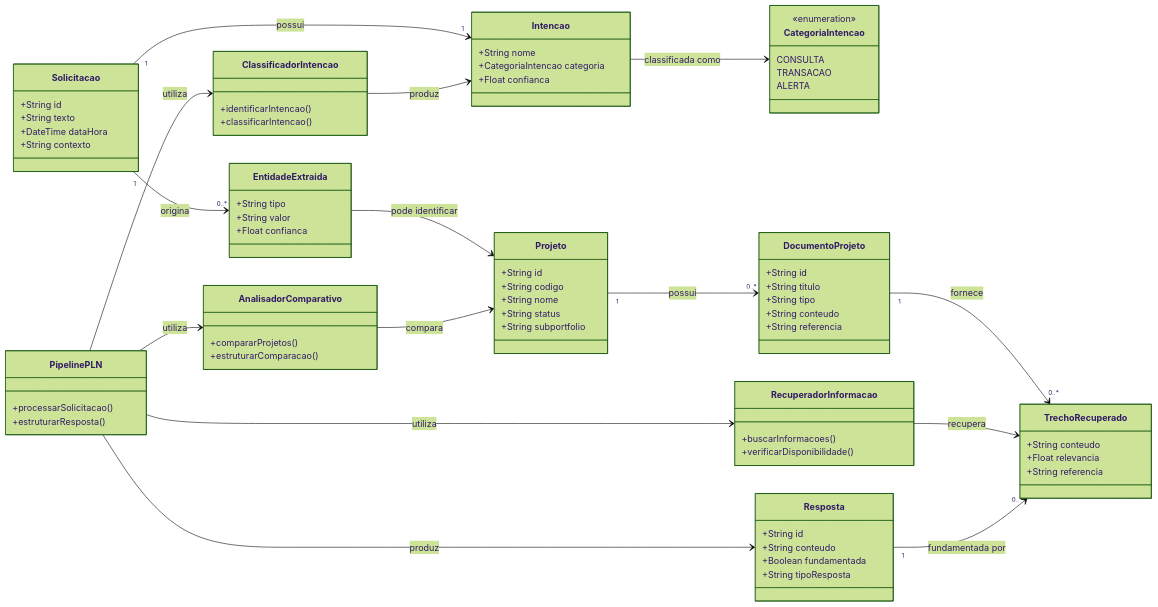
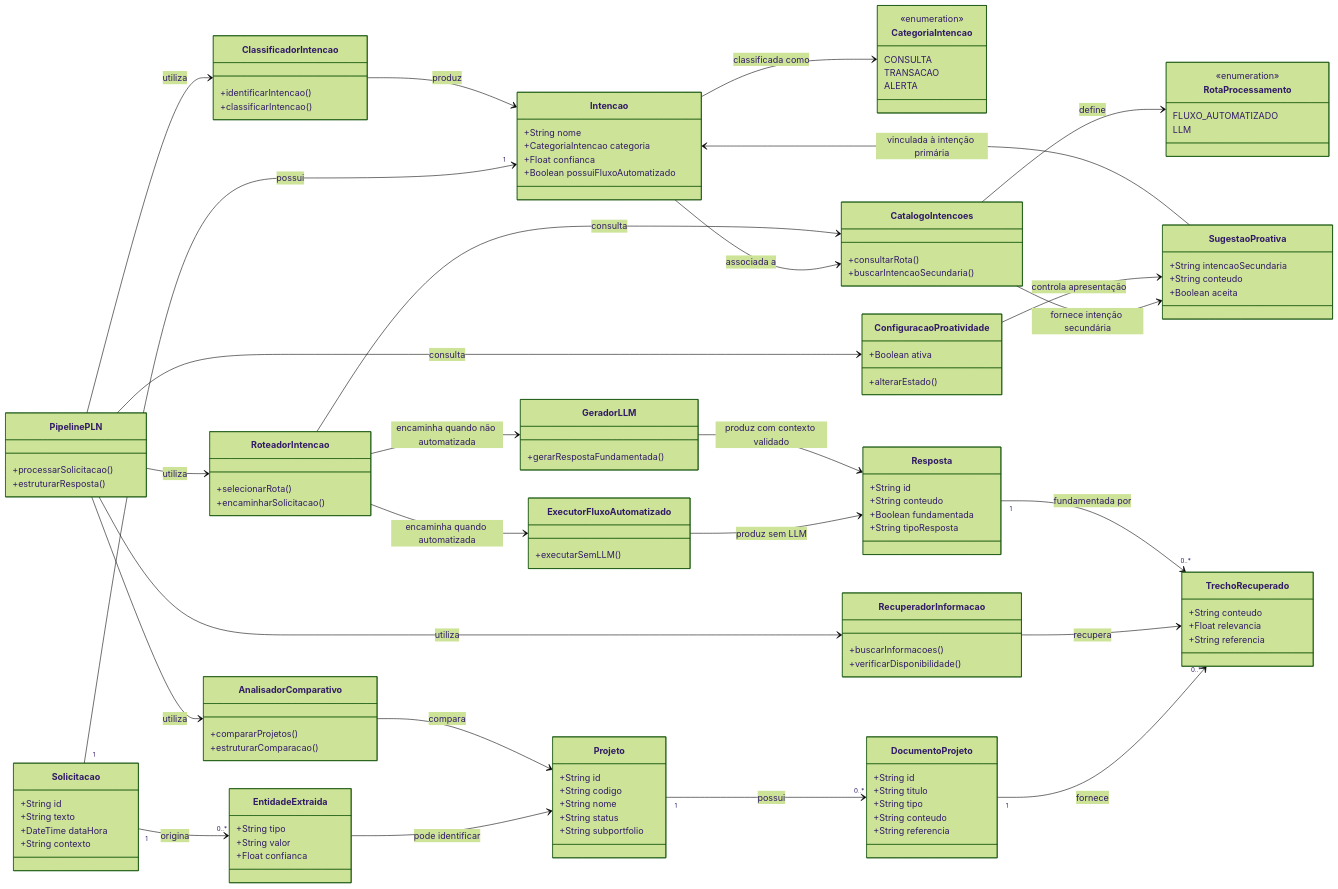
One commit to jjalmeidadev/oneshot changed the first of 8 diagrams in docs/Projeto.md. Above: the diagram before and after it, drawn with Mermaid (forest theme). The commit also changed other lines of this file, not shown here.

````diff
--- a/docs/Projeto.md
+++ b/docs/Projeto.md
@@ -1421,6 +1461,7 @@
         +String nome
         +CategoriaIntencao categoria
         +Float confianca
+        +Boolean possuiFluxoAutomatizado
     }
 
     class CategoriaIntencao {
@@ -1428,6 +1469,12 @@
         CONSULTA
         TRANSACAO
         ALERTA
+    }
+
+    class RotaProcessamento {
+        <<enumeration>>
+        FLUXO_AUTOMATIZADO
+        LLM
     }
 
     class EntidadeExtraida {
@@ -1465,6 +1512,17 @@
         +String tipoResposta
     }
 
+    class ConfiguracaoProatividade {
+        +Boolean ativa
+        +alterarEstado()
+    }
+
+    class SugestaoProativa {
+        +String intencaoSecundaria
+        +String conteudo
+        +Boolean aceita
+    }
+
     class PipelinePLN {
         +processarSolicitacao()
         +estruturarResposta()
@@ -1473,6 +1531,24 @@
     class ClassificadorIntencao {
         +identificarIntencao()
         +classificarIntencao()
+    }
+
+    class CatalogoIntencoes {
+        +consultarRota()
+        +buscarIntencaoSecundaria()
+    }
+
+    class RoteadorIntencao {
+        +selecionarRota()
+        +encaminharSolicitacao()
+    }
+
+    class ExecutorFluxoAutomatizado {
+        +executarSemLLM()
+    }
+
+    class GeradorLLM {
+        +gerarRespostaFundamentada()
     }
 
     class RecuperadorInformacao {
@@ -1487,6 +1563,7 @@
 
     Solicitacao "1" --> "1" Intencao : possui
     Intencao --> CategoriaIntencao : classificada como
+    Intencao --> CatalogoIntencoes : associada a
     Solicitacao "1" --> "0..*" EntidadeExtraida : origina
 
     EntidadeExtraida --> Projeto : pode identificar
@@ -1494,13 +1571,23 @@
     DocumentoProjeto "1" --> "0..*" TrechoRecuperado : fornece
 
     PipelinePLN --> ClassificadorIntencao : utiliza
+    PipelinePLN --> RoteadorIntencao : utiliza
     PipelinePLN --> RecuperadorInformacao : utiliza
     PipelinePLN --> AnalisadorComparativo : utiliza
+    PipelinePLN --> ConfiguracaoProatividade : consulta
 
     ClassificadorIntencao --> Intencao : produz
+    RoteadorIntencao --> CatalogoIntencoes : consulta
+    CatalogoIntencoes --> RotaProcessamento : define
+    RoteadorIntencao --> ExecutorFluxoAutomatizado : encaminha quando automatizada
+    RoteadorIntencao --> GeradorLLM : encaminha quando não automatizada
     RecuperadorInformacao --> TrechoRecuperado : recupera
     AnalisadorComparativo --> Projeto : compara
 
-    PipelinePLN --> Resposta : produz
+    ExecutorFluxoAutomatizado --> Resposta : produz sem LLM
+    GeradorLLM --> Resposta : produz com contexto validado
     Resposta "1" --> "0..*" TrechoRecuperado : fundamentada por
+    CatalogoIntencoes --> SugestaoProativa : fornece intenção secundária
+    ConfiguracaoProatividade --> SugestaoProativa : controla apresentação
+    SugestaoProativa --> Intencao : vinculada à intenção primária
 ```
````
